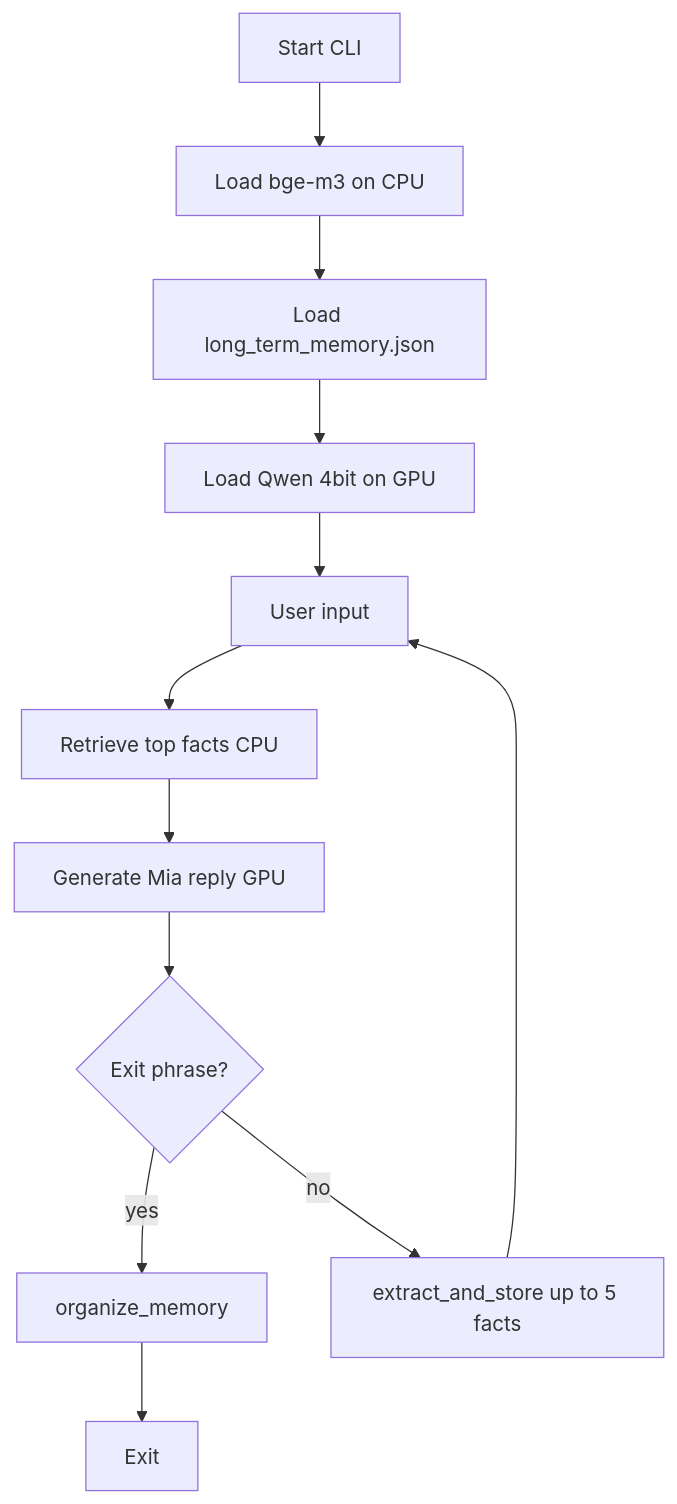
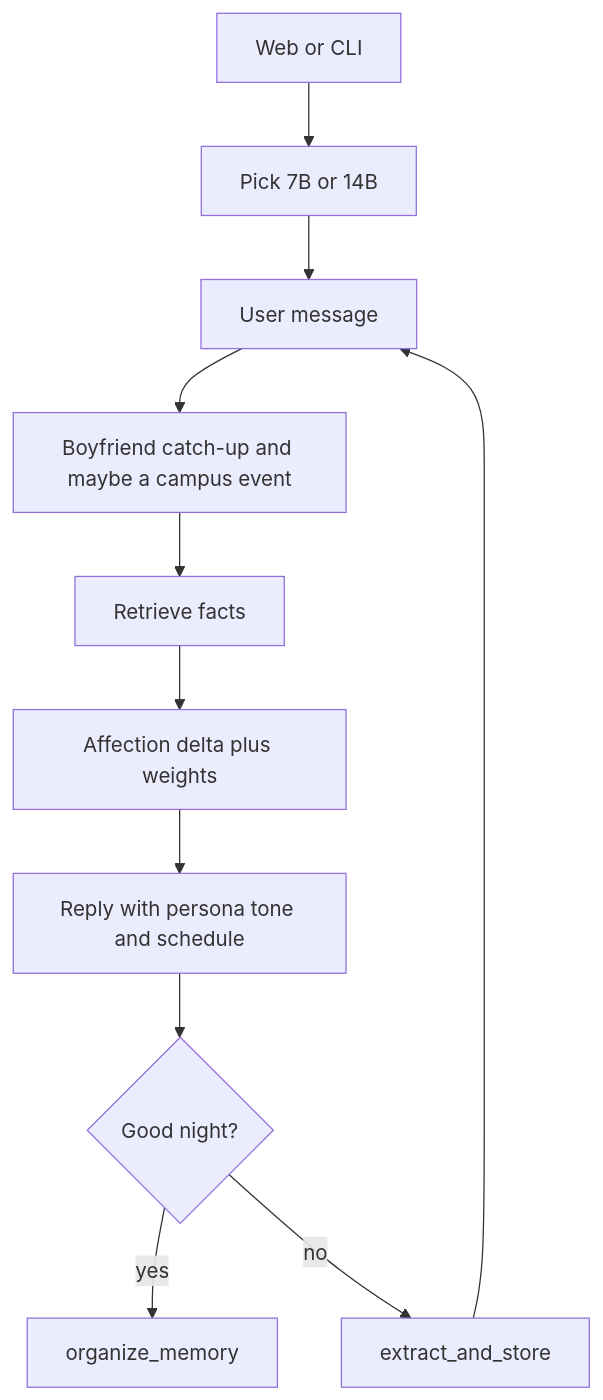
One commit to william06-23/good_night_AI changed the diagram in AGENT_CONTEXT.md. Above: the diagram before and after it, drawn with Mermaid. The commit also changed other lines of this file and 13 other files, not shown here.

````diff
--- a/AGENT_CONTEXT.md
+++ b/AGENT_CONTEXT.md
@@ -135,14 +100,13 @@
 ```mermaid
 flowchart TD
-  start[Start CLI] --> loadEmbed[Load bge-m3 on CPU]
-  loadEmbed --> loadJSON[Load long_term_memory.json]
-  loadJSON --> loadQwen[Load Qwen 4bit on GPU]
-  loadQwen --> loop[User input]
-  loop --> recall[Retrieve top facts CPU]
-  recall --> gen[Generate Mia reply GPU]
-  gen --> exitCheck{Exit phrase?}
+  start[Web or CLI] --> pick[Pick 7B or 14B]
+  pick --> loop[User message]
+  loop --> day[Boyfriend catch-up and maybe a campus event]
+  day --> recall[Retrieve facts]
+  recall --> score[Affection delta plus weights]
+  score --> reply[Reply with persona tone and schedule]
+  reply --> exitCheck{Good night?}
   exitCheck -->|yes| organize[organize_memory]
-  organize --> endNode[Exit]
-  exitCheck -->|no| extract[extract_and_store up to 5 facts]
+  exitCheck -->|no| extract[extract_and_store]
   extract --> loop
 ```
````
